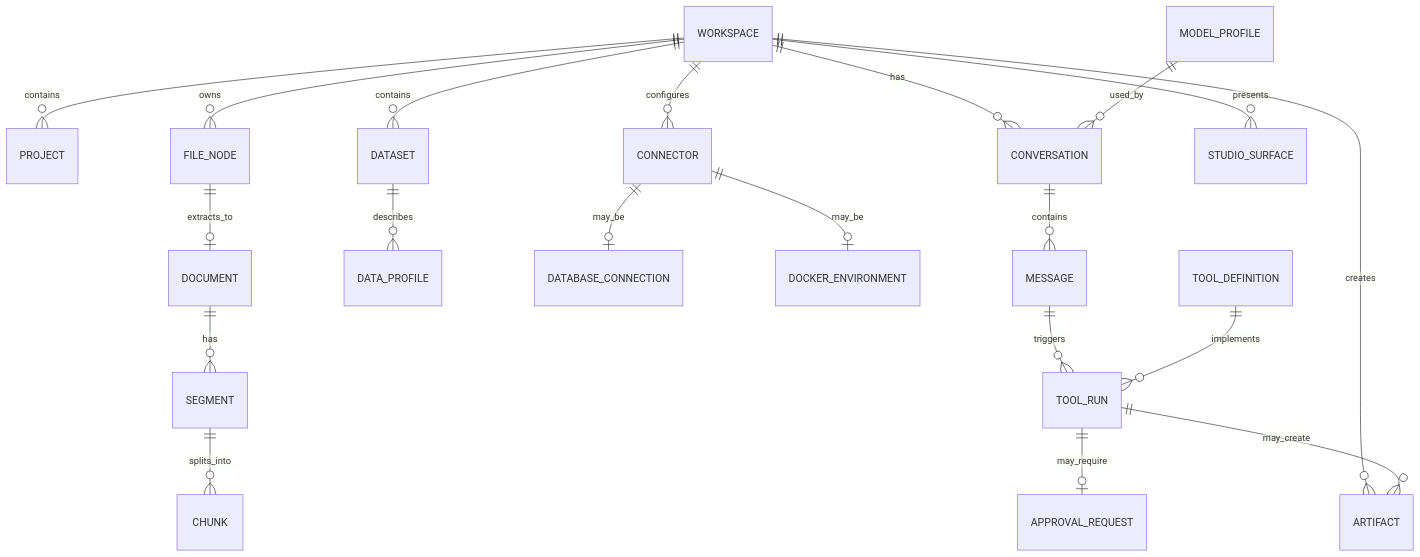
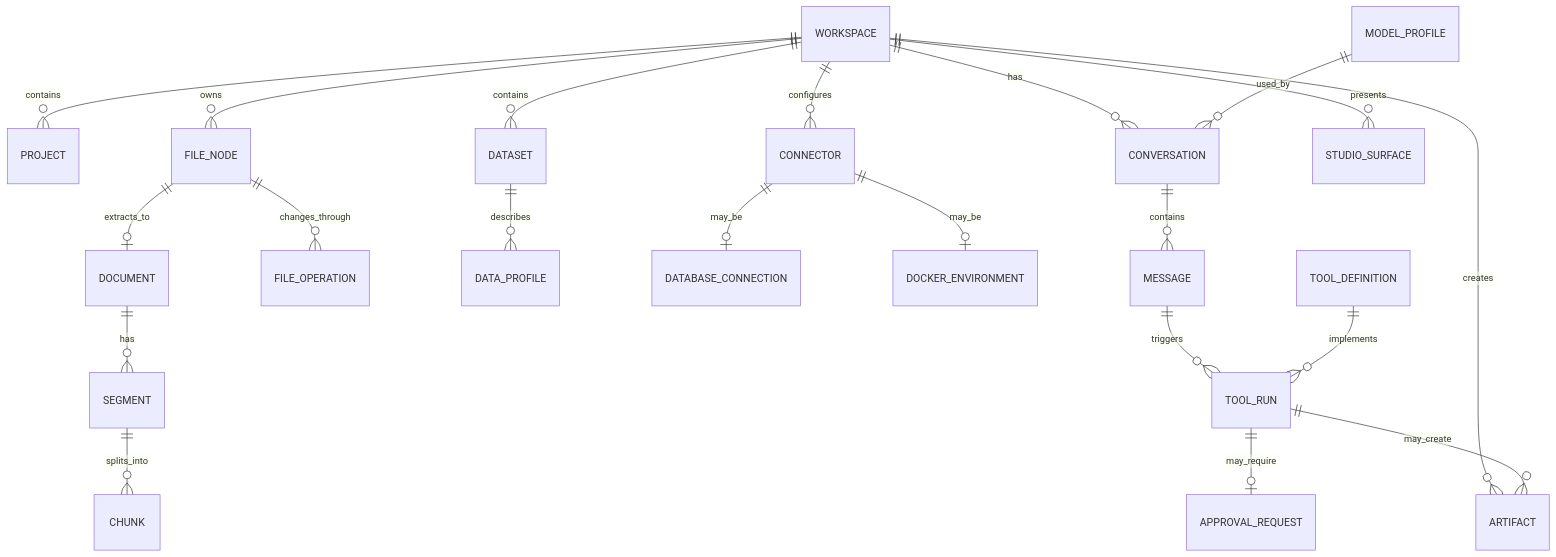
Before and after one commit to RCooLeR/NexusDesk: the diagram in docs/03_DOMAIN_MODEL.md, drawn with Mermaid. The commit also changed other lines of this file and 8 other files, not shown here.

Commit message:
Align architecture docs with implementation

````diff
--- a/docs/03_DOMAIN_MODEL.md
+++ b/docs/03_DOMAIN_MODEL.md
@@ -418,27 +460,28 @@
 ```mermaid
 erDiagram
   WORKSPACE ||--o{ PROJECT : contains
   WORKSPACE ||--o{ FILE_NODE : owns
   WORKSPACE ||--o{ CONVERSATION : has
   WORKSPACE ||--o{ CONNECTOR : configures
   WORKSPACE ||--o{ DATASET : contains
   WORKSPACE ||--o{ ARTIFACT : creates
   WORKSPACE ||--o{ STUDIO_SURFACE : presents
 
   FILE_NODE ||--o| DOCUMENT : extracts_to
+  FILE_NODE ||--o{ FILE_OPERATION : changes_through
   DOCUMENT ||--o{ SEGMENT : has
   SEGMENT ||--o{ CHUNK : splits_into
 
   DATASET ||--o{ DATA_PROFILE : describes
 
   CONNECTOR ||--o| DATABASE_CONNECTION : may_be
   CONNECTOR ||--o| DOCKER_ENVIRONMENT : may_be
 
   CONVERSATION ||--o{ MESSAGE : contains
   MESSAGE ||--o{ TOOL_RUN : triggers
   TOOL_DEFINITION ||--o{ TOOL_RUN : implements
   TOOL_RUN ||--o| APPROVAL_REQUEST : may_require
   TOOL_RUN ||--o{ ARTIFACT : may_create
 
   MODEL_PROFILE ||--o{ CONVERSATION : used_by
 ```
````
